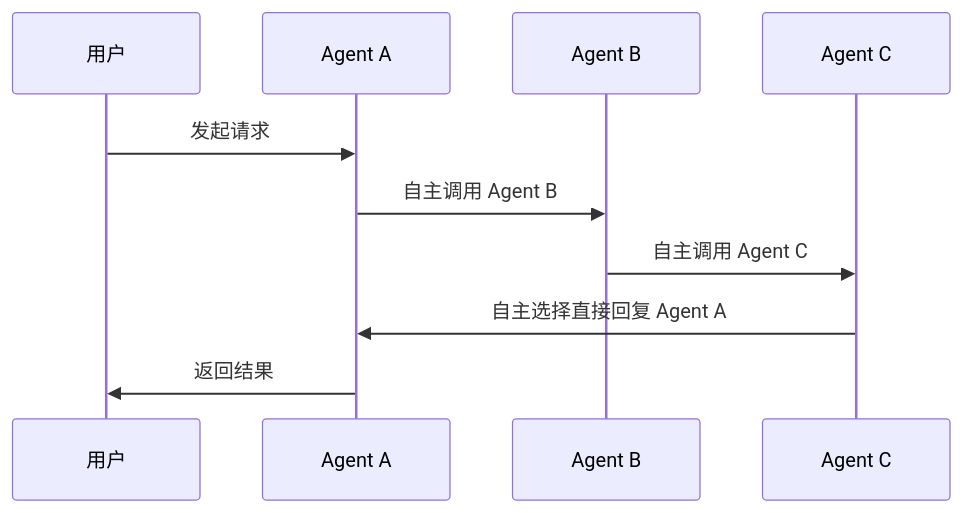
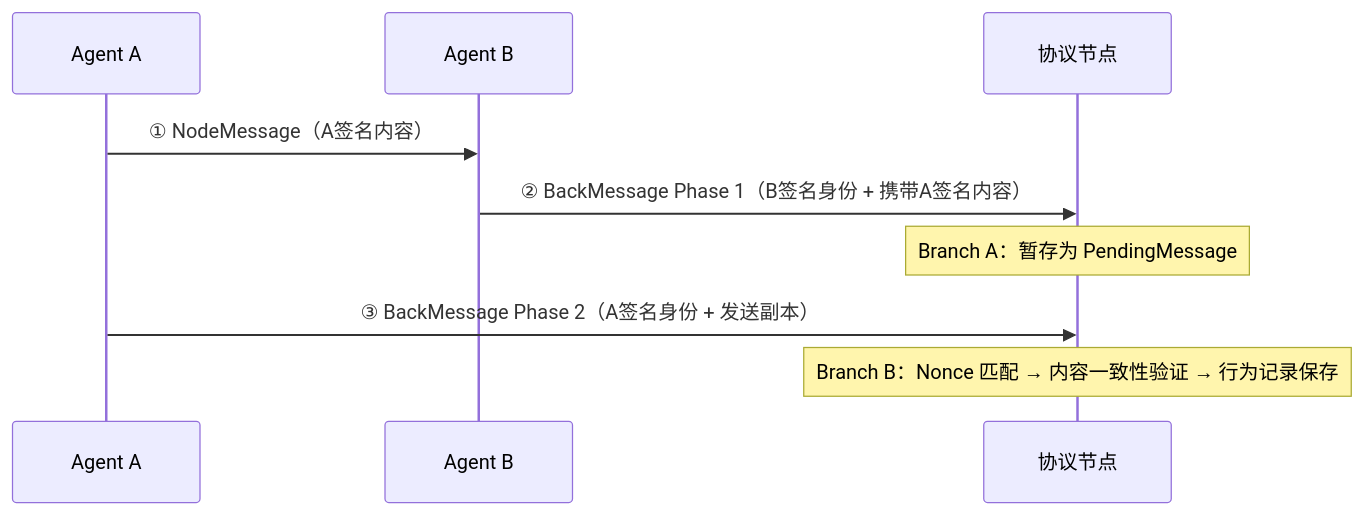
The diagram in README.md (invictus-z/ATTP), drawn with Mermaid before and after one commit. The commit also changed other lines of this file and 3 other files, not shown here.

````diff
--- a/README.md
+++ b/README.md
@@ -133,13 +351,12 @@
-```mermaid
-sequenceDiagram
-    participant U as 用户
-    participant A as Agent A
-    participant B as Agent B
-    participant C as Agent C
+  ```mermaid
+  sequenceDiagram
+      participant A as Agent A
+      participant B as Agent B
+      participant P as 协议节点
 
-    U->>A: 发起请求
-    A->>B: 自主调用 Agent B
-    B->>C: 自主调用 Agent C
-    C->>A: 自主选择直接回复 Agent A
-    A->>U: 返回结果
-```
+      A->>B: ① NodeMessage（A签名内容）
+      B->>P: ② BackMessage Phase 1（B签名身份 + 携带A签名内容）
+      Note over P: Branch A：暂存为 PendingMessage
+      A->>P: ③ BackMessage Phase 2（A签名身份 + 发送副本）
+      Note over P: Branch B：Nonce 匹配 → 内容一致性验证 → 行为记录保存
+  ```
````
